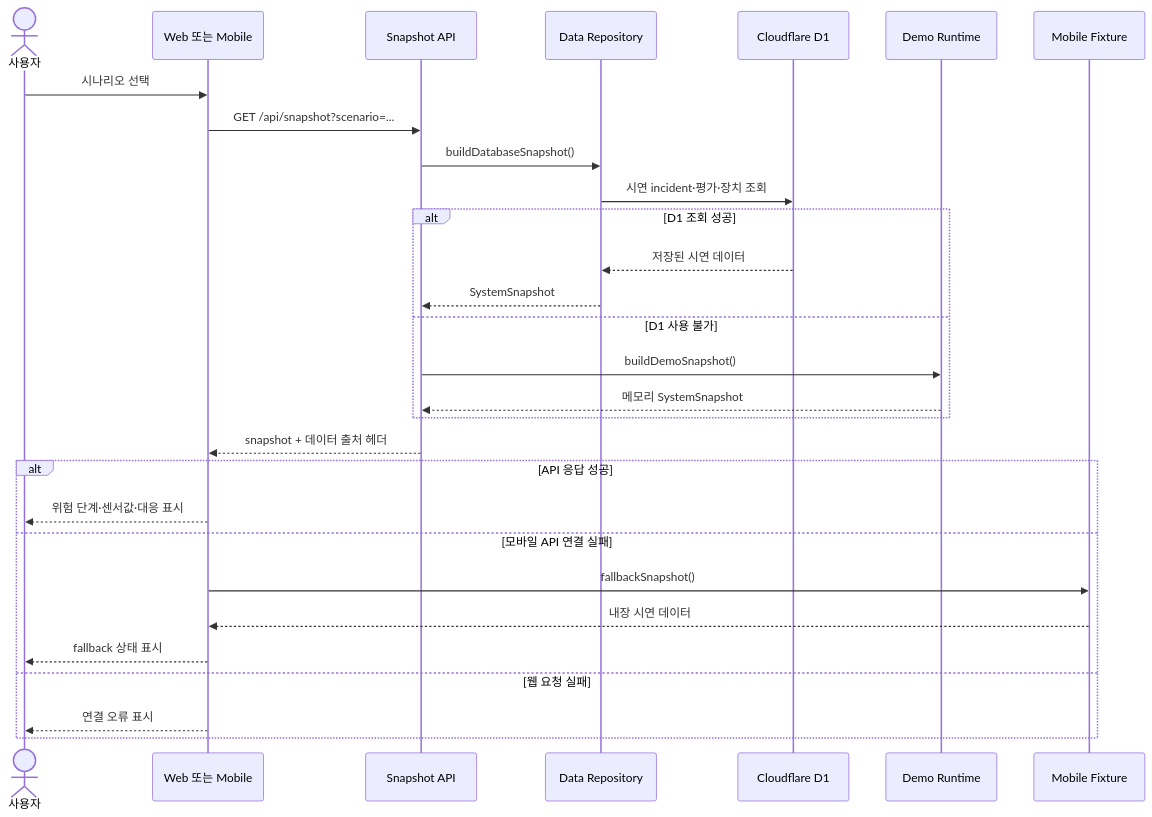
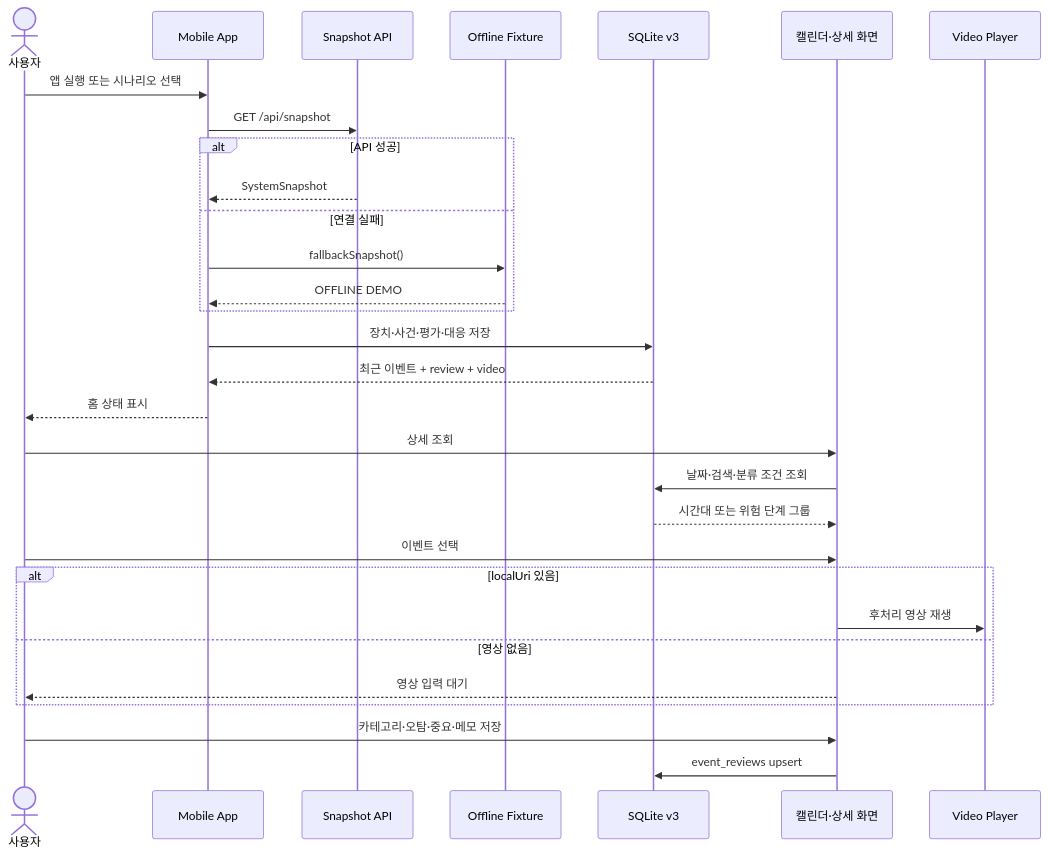
Before and after one commit to Uree1229/Risk-ZERO: the diagram in docs/Diagram/06-snapshot-sequence.md, drawn with Mermaid. The commit also changed other lines of this file and 35 other files, not shown here.

````diff
--- a/docs/Diagram/06-snapshot-sequence.md
+++ b/docs/Diagram/06-snapshot-sequence.md
@@ -9,36 +9,38 @@
 ```mermaid
 sequenceDiagram
     actor User as 사용자
-    participant Client as Web 또는 Mobile
+    participant App as Mobile App
     participant API as Snapshot API
-    participant Repo as Data Repository
-    participant DB as Cloudflare D1
-    participant Demo as Demo Runtime
-    participant Fixture as Mobile Fixture
+    participant FX as Offline Fixture
+    participant DB as SQLite v3
+    participant View as 캘린더·상세 화면
+    participant Video as Video Player
 
-    User->>Client: 시나리오 선택
-    Client->>API: GET /api/snapshot?scenario=...
+    User->>App: 앱 실행 또는 시나리오 선택
+    App->>API: GET /api/snapshot
 
-    API->>Repo: buildDatabaseSnapshot()
-    Repo->>DB: 시연 incident·평가·장치 조회
-
-    alt D1 조회 성공
-        DB-->>Repo: 저장된 시연 데이터
-        Repo-->>API: SystemSnapshot
-    else D1 사용 불가
-        API->>Demo: buildDemoSnapshot()
-        Demo-->>API: 메모리 SystemSnapshot
+    alt API 성공
+        API-->>App: SystemSnapshot
+    else 연결 실패
+        App->>FX: fallbackSnapshot()
+        FX-->>App: OFFLINE DEMO
     end
 
-    API-->>Client: snapshot + 데이터 출처 헤더
+    App->>DB: 장치·사건·평가·대응 저장
+    DB-->>App: 최근 이벤트 + review + video
+    App-->>User: 홈 상태 표시
 
-    alt API 응답 성공
-        Client-->>User: 위험 단계·센서값·대응 표시
-    else 모바일 API 연결 실패
-        Client->>Fixture: fallbackSnapshot()
-        Fixture-->>Client: 내장 시연 데이터
-        Client-->>User: fallback 상태 표시
-    else 웹 요청 실패
-        Client-->>User: 연결 오류 표시
+    User->>View: 상세 조회
+    View->>DB: 날짜·검색·분류 조건 조회
+    DB-->>View: 시간대 또는 위험 단계 그룹
+    User->>View: 이벤트 선택
+
+    alt localUri 있음
+        View->>Video: 후처리 영상 재생
+    else 영상 없음
+        View-->>User: 영상 입력 대기
     end
+
+    User->>View: 카테고리·오탐·중요·메모 저장
+    View->>DB: event_reviews upsert
 ```
````
